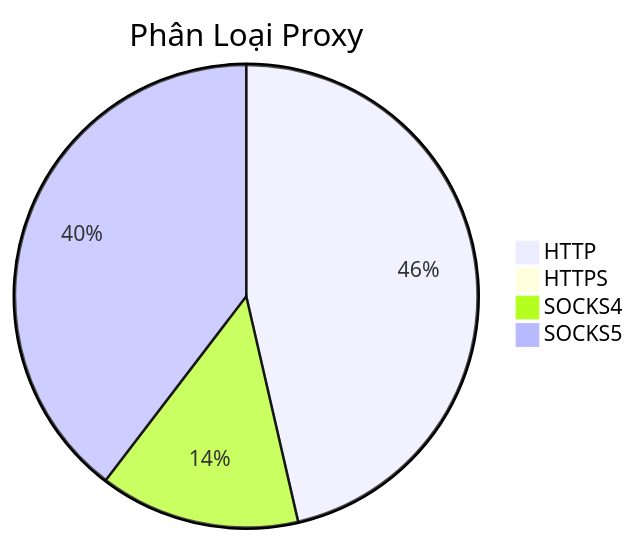
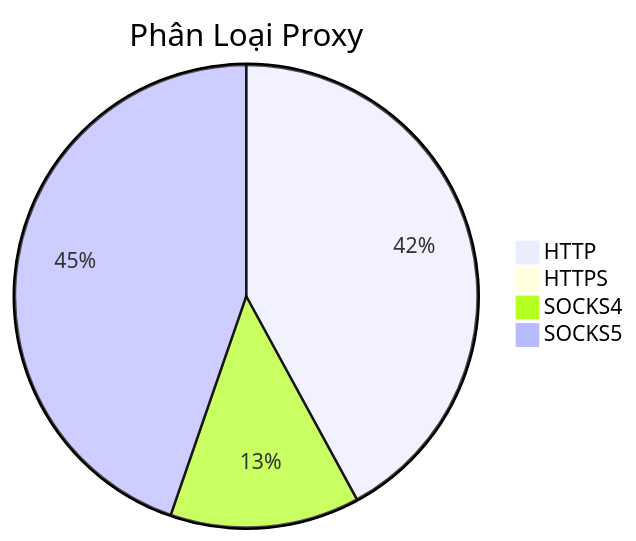
Before and after one commit to Ciara-Aa/PROXY-free: the diagram in README.md, drawn with Mermaid. The commit also changed other lines of this file and 4 other files, not shown here.

````diff
--- a/README.md
+++ b/README.md
@@ -26,7 +26,7 @@
 ```mermaid
 pie title Phân Loại Proxy
-    "HTTP" : 657
-    "HTTPS" : 1
-    "SOCKS4" : 198
-    "SOCKS5" : 561
+    "HTTP" : 588
+    "HTTPS" : 0
+    "SOCKS4" : 185
+    "SOCKS5" : 625
 ```
````
